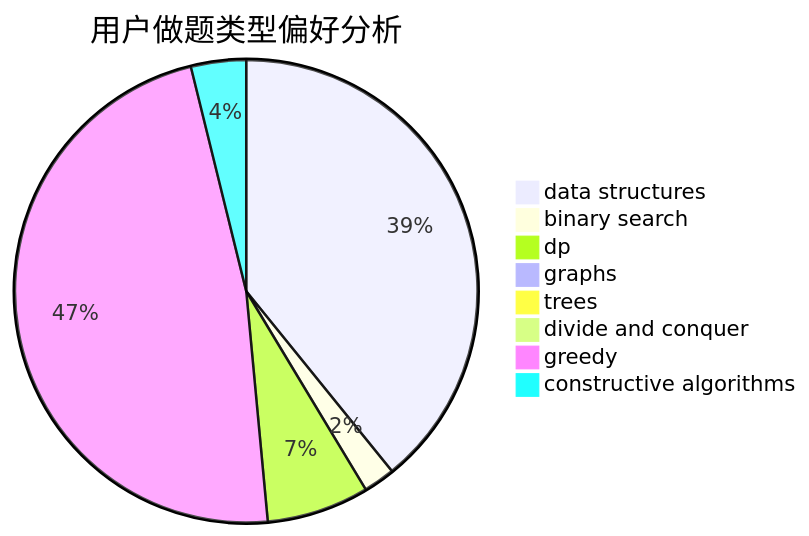
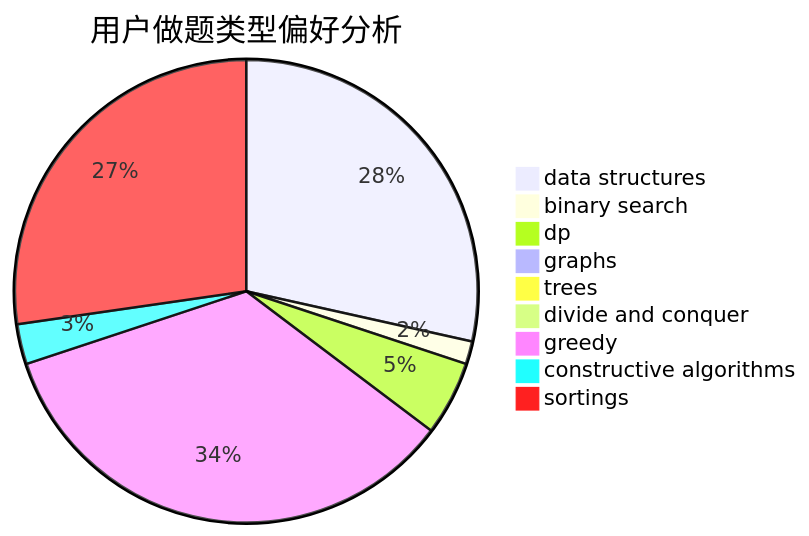
One commit to sherpahu/cfrs.github.io changed the second of 3 diagrams in docs/user/u2118.md. Above: the diagram before and after it, drawn with Mermaid. The commit also changed other lines of this file and 2769 other files, not shown here.

````diff
--- a/docs/user/u2118.md
+++ b/docs/user/u2118.md
@@ -23,11 +18,12 @@
 ```mermaid
 pie title 用户做题类型偏好分析
     "data structures" :  356
     "binary search" :  20
     "dp" :  65
     "graphs" :  6
     "trees" :  7
     "divide and conquer" :  0
     "greedy" :  433
     "constructive algorithms" :  35
+    "sortings" :  341
 ```
````
